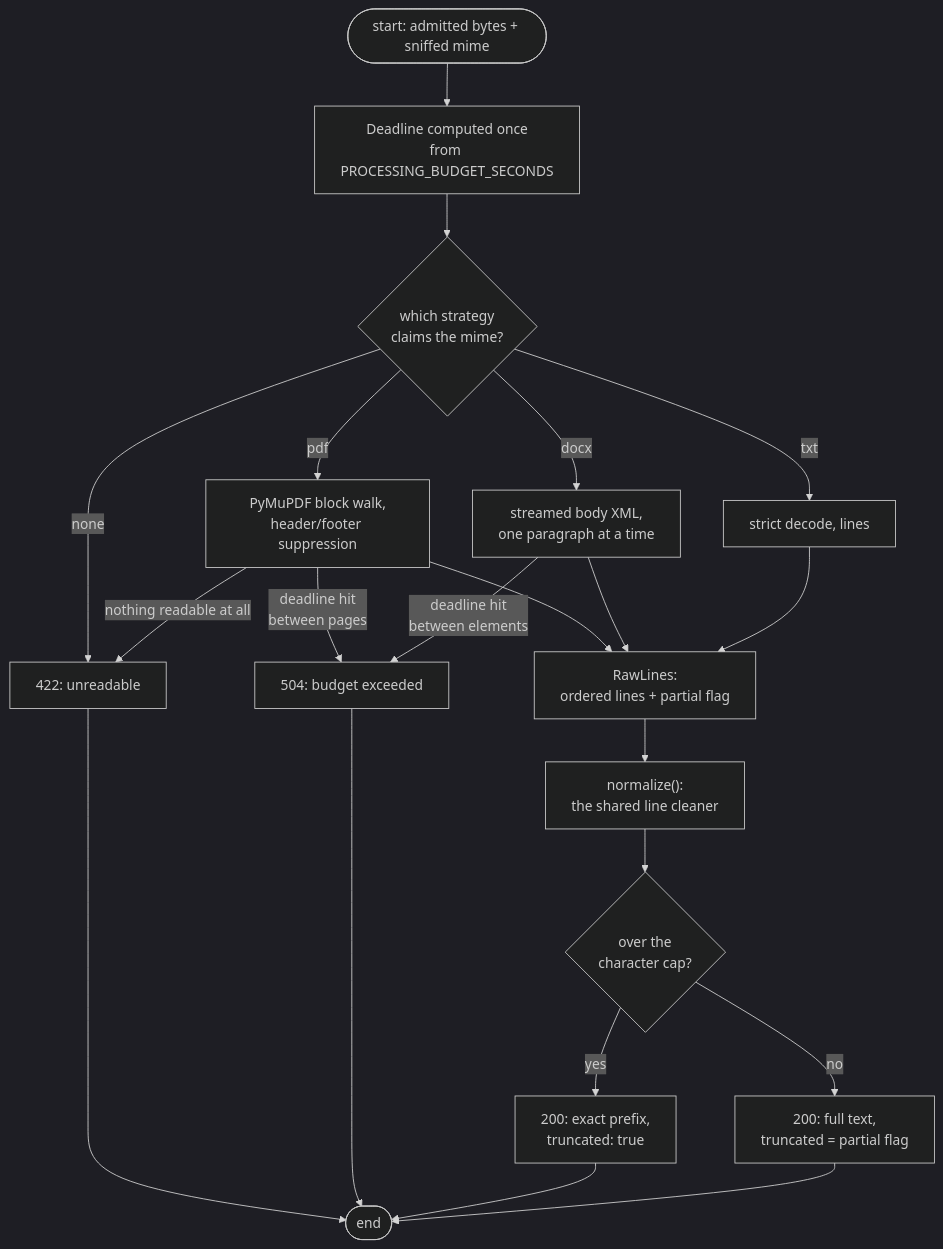
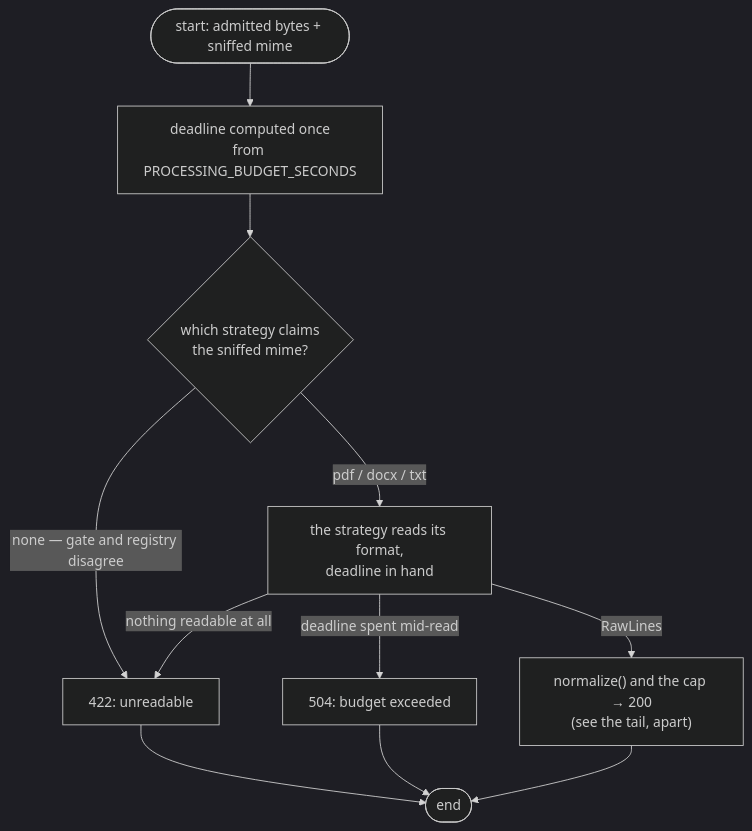
The first of 9 diagrams in services/document-parser/docs/concepts/extraction.md (kunalPisolkar24/detectAI), drawn with Mermaid (dark theme) before and after one commit. The commit also changed other lines of this file, not shown here.

Commit message:
Replace the extraction pipeline chart with an overview and per-strategy component charts

````diff
--- a/services/document-parser/docs/concepts/extraction.md
+++ b/services/document-parser/docs/concepts/extraction.md
@@ -7,21 +9,10 @@
 ```mermaid
 graph TB
-    START(["start: admitted bytes + sniffed mime"]) --> DEADLINE["Deadline computed once<br/>from PROCESSING_BUDGET_SECONDS"]
-    DEADLINE --> DISPATCH{"which strategy<br/>claims the mime?"}
-    DISPATCH -->|"pdf"| PDFS["PyMuPDF block walk,<br/>header/footer suppression"]
-    DISPATCH -->|"docx"| DOCXS["streamed body XML,<br/>one paragraph at a time"]
-    DISPATCH -->|"txt"| TXTS["strict decode, lines"]
-    DISPATCH -->|"none"| UNREAD["422: unreadable"] --> END(["end"])
-    PDFS -->|"deadline hit<br/>between pages"| TIMEOUT["504: budget exceeded"] --> END
-    DOCXS -->|"deadline hit<br/>between elements"| TIMEOUT
-    PDFS -->|"nothing readable at all"| UNREAD
-    PDFS --> LINES
-    DOCXS --> LINES
-    TXTS --> LINES
-    LINES["RawLines:<br/>ordered lines + partial flag"] --> CLEAN["normalize():<br/>the shared line cleaner"]
-    CLEAN --> CAP{"over the<br/>character cap?"}
-    CAP -->|"yes"| CUT["200: exact prefix,<br/>truncated: true"]
-    CAP -->|"no"| FULL["200: full text,<br/>truncated = partial flag"]
-    CUT --> END
-    FULL --> END
+    START(["start: admitted bytes + sniffed mime"]) --> D["deadline computed once<br/>from PROCESSING_BUDGET_SECONDS"]
+    D --> W{"which strategy claims<br/>the sniffed mime?"}
+    W -->|"none — gate and registry disagree"| UNREAD["422: unreadable"] --> END(["end"])
+    W -->|"pdf / docx / txt"| S["the strategy reads its format,<br/>deadline in hand"]
+    S -->|"deadline spent mid-read"| T504["504: budget exceeded"] --> END
+    S -->|"nothing readable at all"| UNREAD
+    S -->|"RawLines"| TAIL["normalize() and the cap → 200<br/>(see the tail, apart)"] --> END
 ```
````
